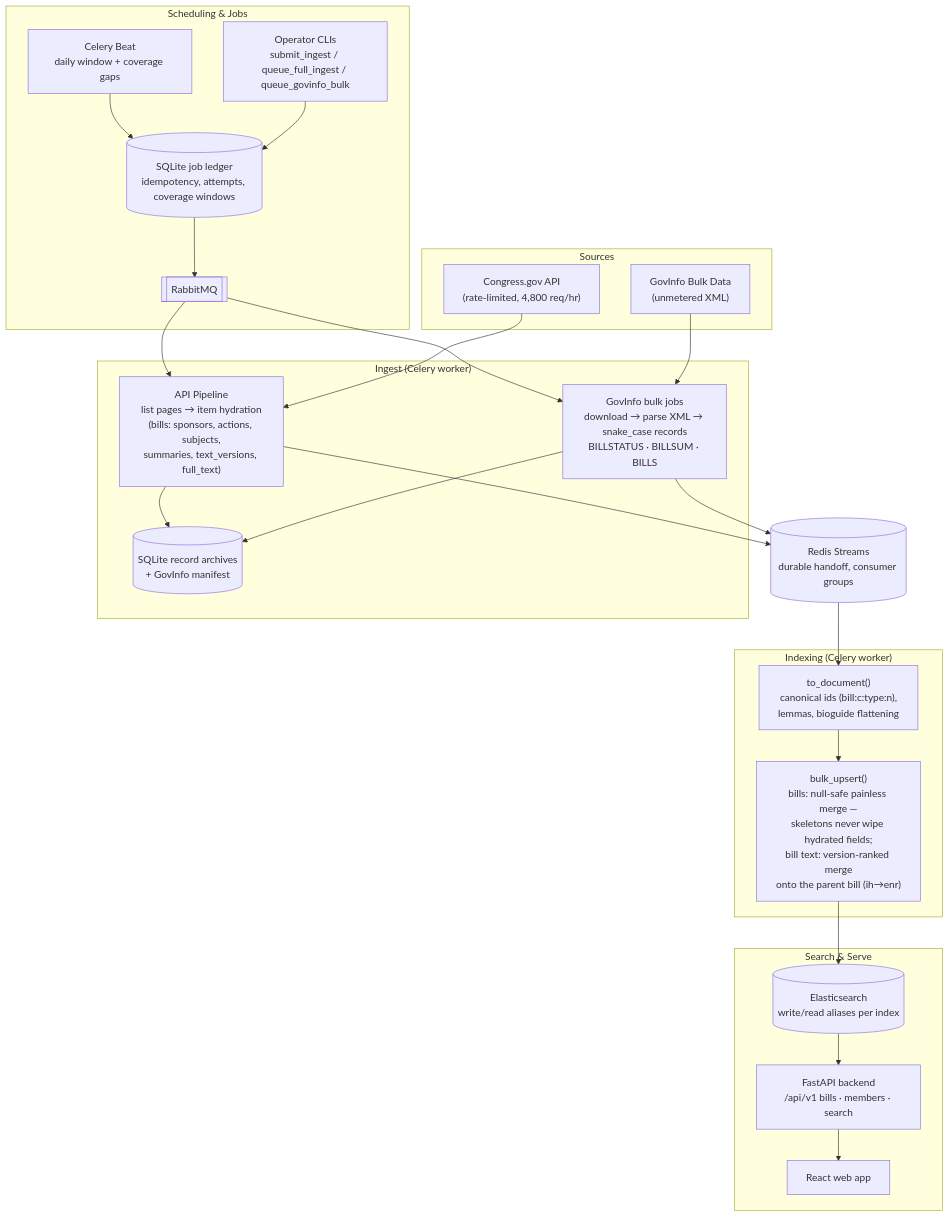
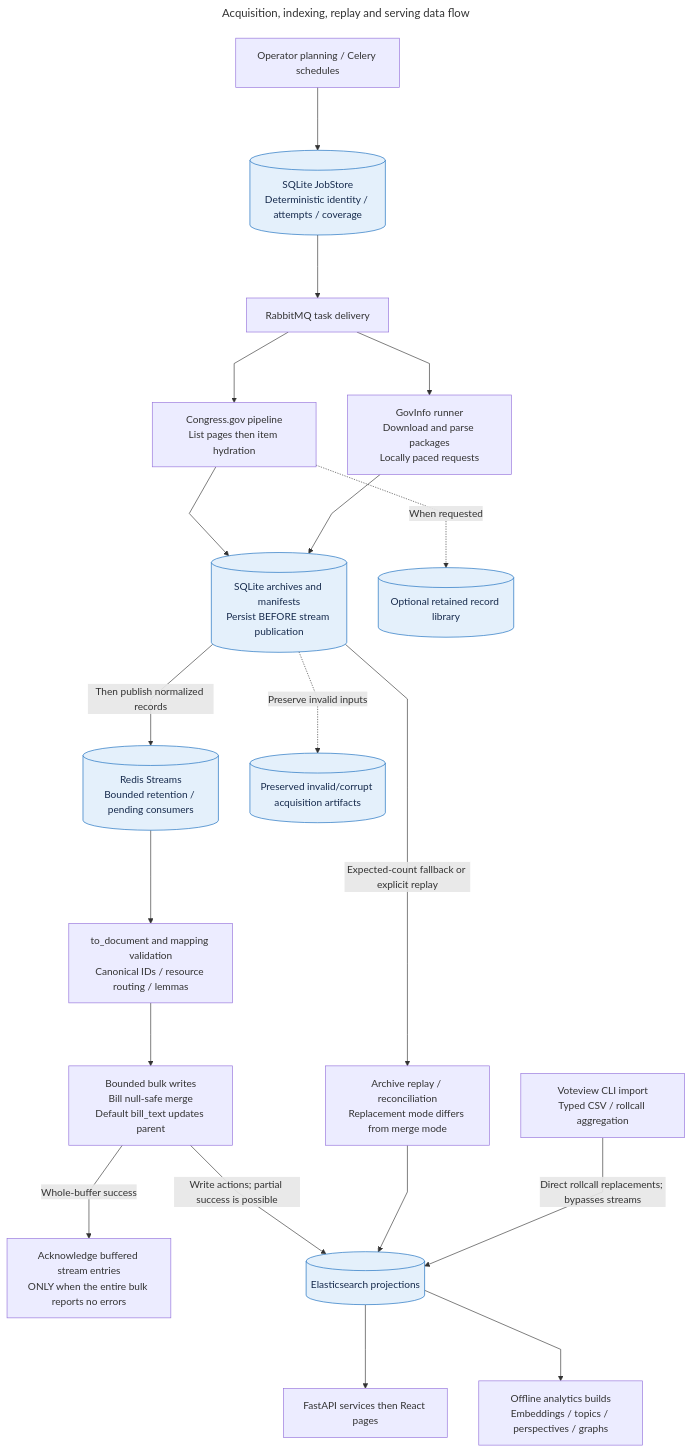
The diagram in documentation/diagrams/ingest-dataflow.mmd (hbeychaner/usa-congress-monitor), drawn with Mermaid before and after one commit. The commit also changed 261 other files, not shown here.

First line of the commit message:
Consolidate durable analytics, controlled operations and architecture docs

```diff
--- a/documentation/diagrams/ingest-dataflow.mmd
+++ b/documentation/diagrams/ingest-dataflow.mmd
@@ -1,51 +1,48 @@
+---
+title: Acquisition, indexing, replay and serving data flow
+config:
+  flowchart:
+    curve: linear
+    nodeSpacing: 50
+    rankSpacing: 100
+---
 flowchart TB
-    %% Ingest → indexing → search data flow, including both bill sources
-    %% and the merge semantics that keep one document per bill.
+    plan["Operator planning / Celery schedules"]
+    ledger[("SQLite JobStore<br/>Deterministic identity / attempts / coverage")]
+    broker["RabbitMQ task delivery"]
+    api["Congress.gov pipeline<br/>List pages then item hydration"]
+    bulk["GovInfo runner<br/>Download and parse packages<br/>Locally paced requests"]
+    archive[("SQLite archives and manifests<br/>Persist BEFORE stream publication")]
+    library[("Optional retained record library")]
+    stream[("Redis Streams<br/>Bounded retention / pending consumers")]
+    project["to_document and mapping validation<br/>Canonical IDs / resource routing / lemmas"]
+    write["Bounded bulk writes<br/>Bill null-safe merge<br/>Default bill_text updates parent"]
+    ack["Acknowledge buffered stream entries<br/>ONLY when the entire bulk reports no errors"]
+    es[("Elasticsearch projections")]
+    serve["FastAPI services then React pages"]
+    replay["Archive replay / reconciliation<br/>Replacement mode differs from merge mode"]
+    voteview["Voteview CLI import<br/>Typed CSV / rollcall aggregation"]
+    analysis["Offline analytics builds<br/>Embeddings / topics / perspectives / graphs"]
+    quarantine[("Preserved invalid/corrupt acquisition artifacts")]
 
-    subgraph sources["Sources"]
-        CDG["Congress.gov API<br/>(rate-limited, 4,800 req/hr)"]
-        GPO["GovInfo Bulk Data<br/>(unmetered XML)"]
-    end
+    plan --> ledger
+    ledger --> broker
+    broker --> api
+    broker --> bulk
+    api --> archive
+    bulk --> archive
+    archive -->|"Then publish normalized records"| stream
+    api -.->|"When requested"| library
+    archive -.->|"Preserve invalid inputs"| quarantine
+    stream --> project
+    project --> write
+    write -->|"Write actions; partial success is possible"| es
+    write -->|"Whole-buffer success"| ack
+    archive -->|"Expected-count fallback or explicit replay"| replay
+    replay --> es
+    voteview -->|"Direct rollcall replacements; bypasses streams"| es
+    es --> serve
+    es --> analysis
 
-    subgraph scheduling["Scheduling & Jobs"]
-        BEAT["Celery Beat<br/>daily window + coverage gaps"]
-        CLI["Operator CLIs<br/>submit_ingest / queue_full_ingest / queue_govinfo_bulk"]
-        LEDGER[("SQLite job ledger<br/>idempotency, attempts, coverage windows")]
-        MQ[["RabbitMQ"]]
-    end
-
-    subgraph ingest["Ingest (Celery worker)"]
-        PIPE["API Pipeline<br/>list pages → item hydration<br/>(bills: sponsors, actions, subjects,<br/>summaries, text_versions, full_text)"]
-        GIP["GovInfo bulk jobs<br/>download → parse XML → snake_case records<br/>BILLSTATUS · BILLSUM · BILLS"]
-        ARCH[("SQLite record archives<br/>+ GovInfo manifest")]
-    end
-
-    STREAM[("Redis Streams<br/>durable handoff, consumer groups")]
-
-    subgraph indexing["Indexing (Celery worker)"]
-        TODOC["to_document()<br/>canonical ids (bill:c:type:n),<br/>lemmas, bioguide flattening"]
-        MERGE["bulk_upsert()<br/>bills: null-safe painless merge —<br/>skeletons never wipe hydrated fields;<br/>bill text: version-ranked merge<br/>onto the parent bill (ih→enr)"]
-    end
-
-    subgraph search["Search & Serve"]
-        ES[("Elasticsearch<br/>write/read aliases per index")]
-        API["FastAPI backend<br/>/api/v1 bills · members · search"]
-        FE["React web app"]
-    end
-
-    BEAT --> LEDGER
-    CLI --> LEDGER
-    LEDGER --> MQ
-    MQ --> PIPE
-    MQ --> GIP
-    CDG --> PIPE
-    GPO --> GIP
-    PIPE --> ARCH
-    GIP --> ARCH
-    PIPE --> STREAM
-    GIP --> STREAM
-    STREAM --> TODOC
-    TODOC --> MERGE
-    MERGE --> ES
-    ES --> API
-    API --> FE
+    classDef state fill:#e4f0fb,stroke:#1168bd,color:#172b4d
+    class ledger,archive,library,stream,es,quarantine state
```
